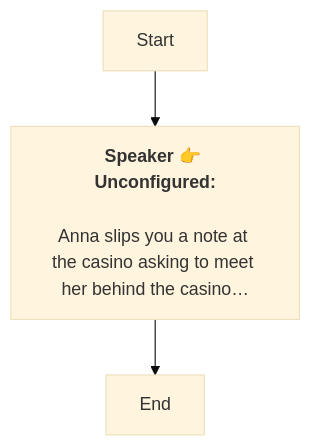
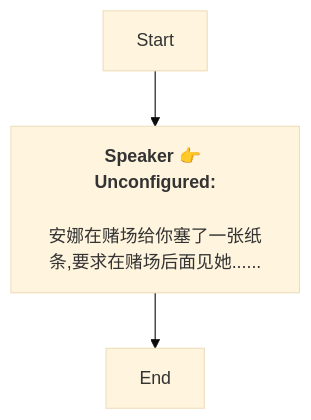
The diagram in Zh/QuestStartTalkENode_1766692507847625.md (SoftHu/tos_avg), drawn with Mermaid (base theme) before and after one commit. The commit also changed 312 other files, not shown here.

````diff
--- a/Zh/QuestStartTalkENode_1766692507847625.md
+++ b/Zh/QuestStartTalkENode_1766692507847625.md
@@ -1,8 +1,8 @@
 ```mermaid
 graph
 Start -->1766692545158091[<b>Speaker 👉 Unconfigured:</b>
 
-Anna slips you a note at the casino asking to meet her behind the casino… ]
+安娜在赌场给你塞了一张纸条,要求在赌场后面见她......]
 1766692545158091 -->1766692812234703[End]
 
  ```
````
